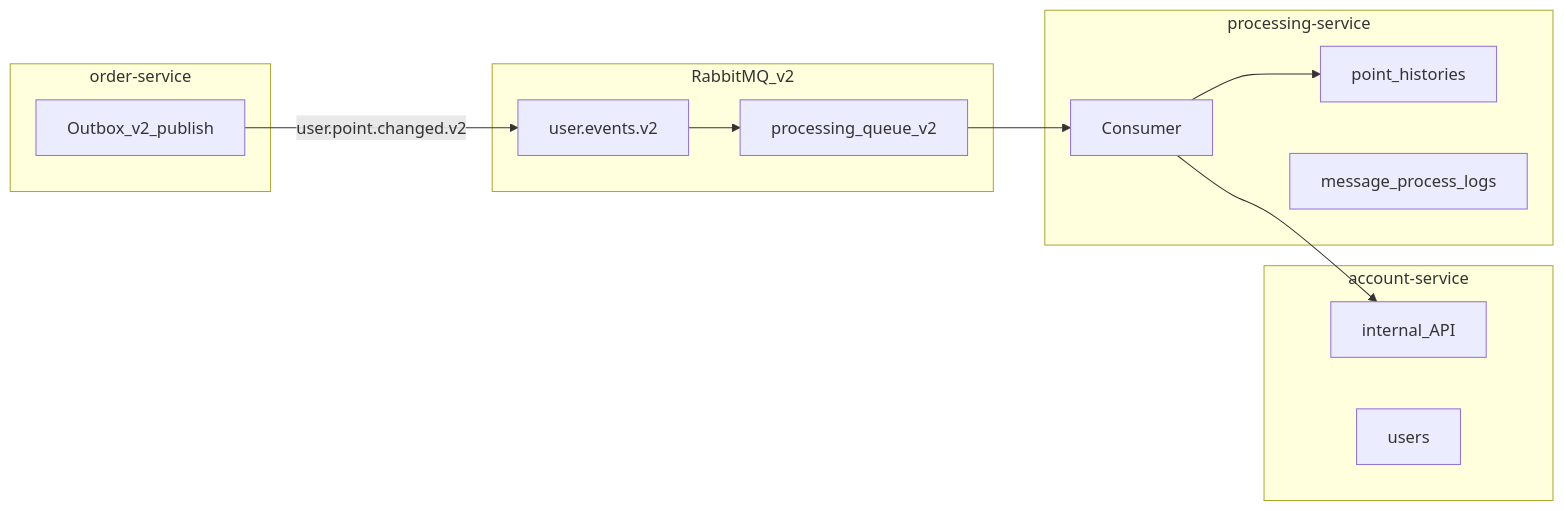
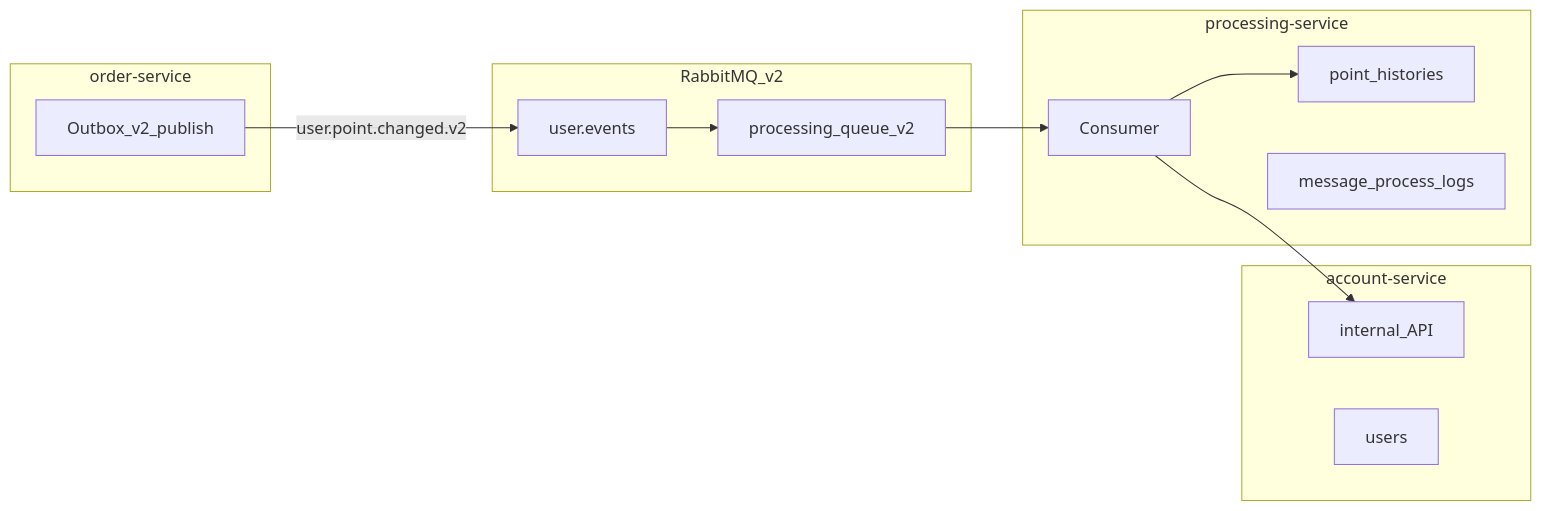
One commit to hpoong/ordermesh-retry changed the diagram in docs/plan/v2-migration/README.md. Above: the diagram before and after it, drawn with Mermaid. The commit also changed other lines of this file and 4 other files, not shown here.

````diff
--- a/docs/plan/v2-migration/README.md
+++ b/docs/plan/v2-migration/README.md
@@ -24,28 +24,28 @@
 ```mermaid
 flowchart LR
     subgraph order [order-service]
         O1[Outbox_v2_publish]
     end
 
     subgraph mq [RabbitMQ_v2]
-        EX[user.events.v2]
+        EX[user.events]
         Q[processing_queue_v2]
     end
 
     subgraph processing [processing-service]
         P1[Consumer]
         P2[point_histories]
         P3[message_process_logs]
     end
 
     subgraph account [account-service]
         A1[internal_API]
         A2[users]
     end
 
     O1 -->|"user.point.changed.v2"| EX
     EX --> Q
     Q --> P1
     P1 --> A1
     P1 --> P2
 ```
````
